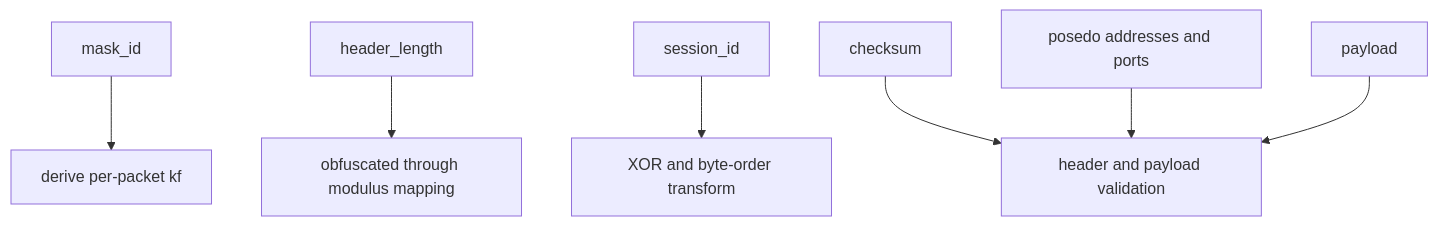
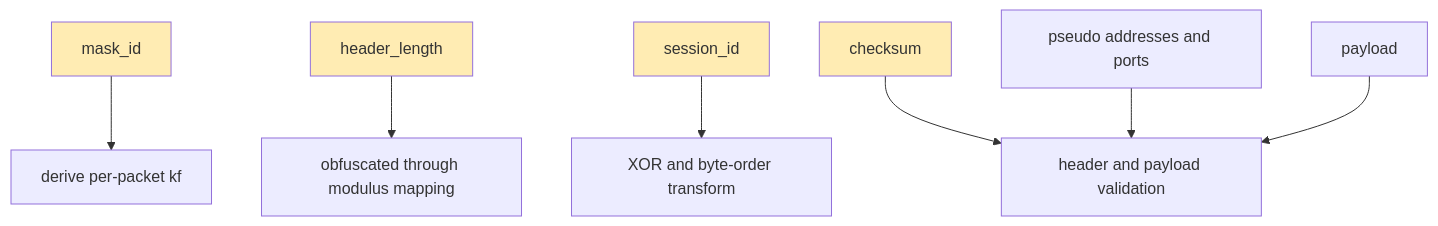
The fifth of 15 diagrams in docs/PACKET_FORMATS.md (HyacinthHaru/openppp2), drawn with Mermaid before and after one commit. The commit also changed other lines of this file and 31 other files, not shown here.

````diff
--- a/docs/PACKET_FORMATS.md
+++ b/docs/PACKET_FORMATS.md
@@ -130,9 +207,14 @@
 ```mermaid
 flowchart TD
     A[mask_id] --> B[derive per-packet kf]
     C[header_length] --> D[obfuscated through modulus mapping]
     E[session_id] --> F[XOR and byte-order transform]
     G[checksum] --> H[header and payload validation]
-    I[posedo addresses and ports] --> H
+    I[pseudo addresses and ports] --> H
     J[payload] --> H
+    
+    style A fill:#ffecb3
+    style C fill:#ffecb3
+    style E fill:#ffecb3
+    style G fill:#ffecb3
 ```
````
